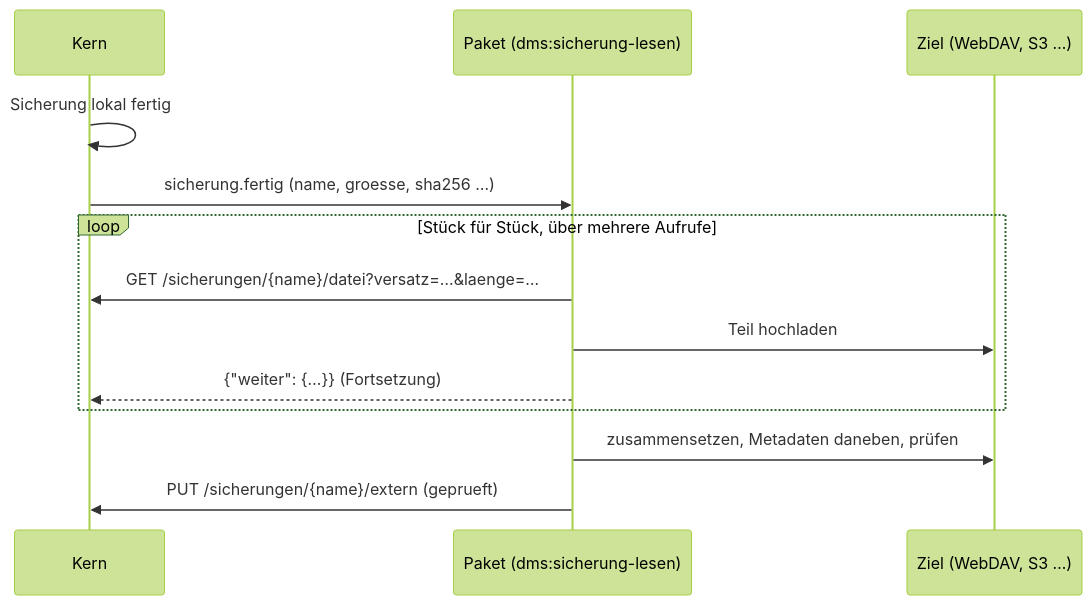
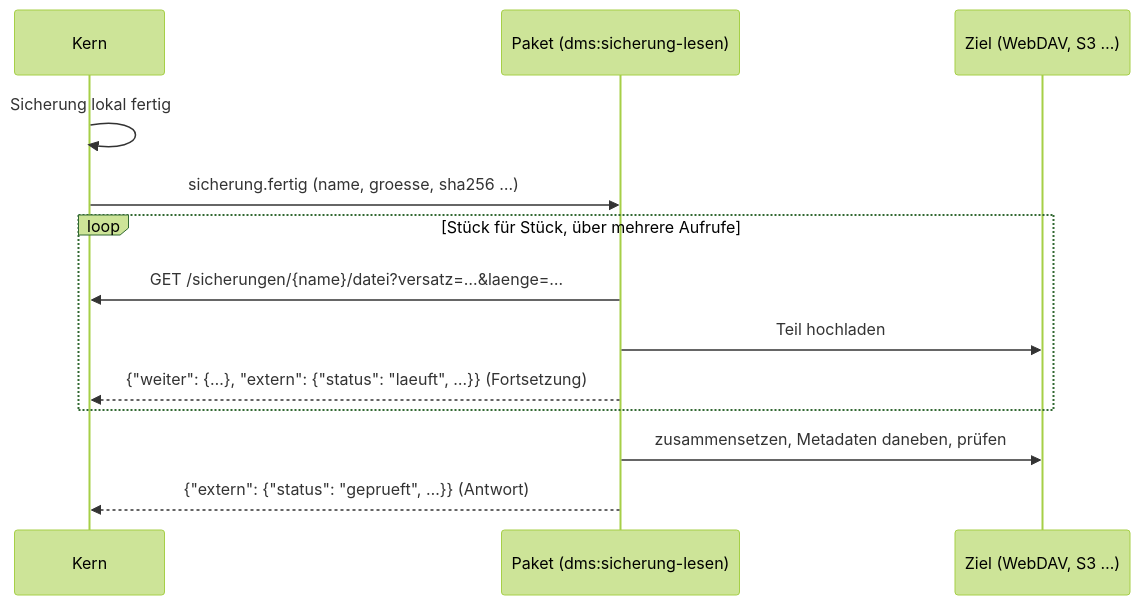
Before and after one commit to LBCron/dms: the fourth of 4 diagrams in docs/handbuch/entwickler/docs/pakete-code.md, drawn with Mermaid (forest theme). The commit also changed other lines of this file and 13 other files, not shown here.

````diff
--- a/docs/handbuch/entwickler/docs/pakete-code.md
+++ b/docs/handbuch/entwickler/docs/pakete-code.md
@@ -745,15 +745,15 @@
 ```mermaid
 sequenceDiagram
   participant K as Kern
   participant P as Paket (dms:sicherung-lesen)
   participant Z as Ziel (WebDAV, S3 …)
   K->>K: Sicherung lokal fertig
   K->>P: sicherung.fertig (name, groesse, sha256 …)
   loop Stück für Stück, über mehrere Aufrufe
     P->>K: GET /sicherungen/{name}/datei?versatz=…&laenge=…
     P->>Z: Teil hochladen
-    P-->>K: {"weiter": {…}} (Fortsetzung)
+    P-->>K: {"weiter": {…}, "extern": {"status": "laeuft", …}} (Fortsetzung)
   end
   P->>Z: zusammensetzen, Metadaten daneben, prüfen
-  P->>K: PUT /sicherungen/{name}/extern (geprueft)
+  P-->>K: {"extern": {"status": "geprueft", …}} (Antwort)
 ```
````
